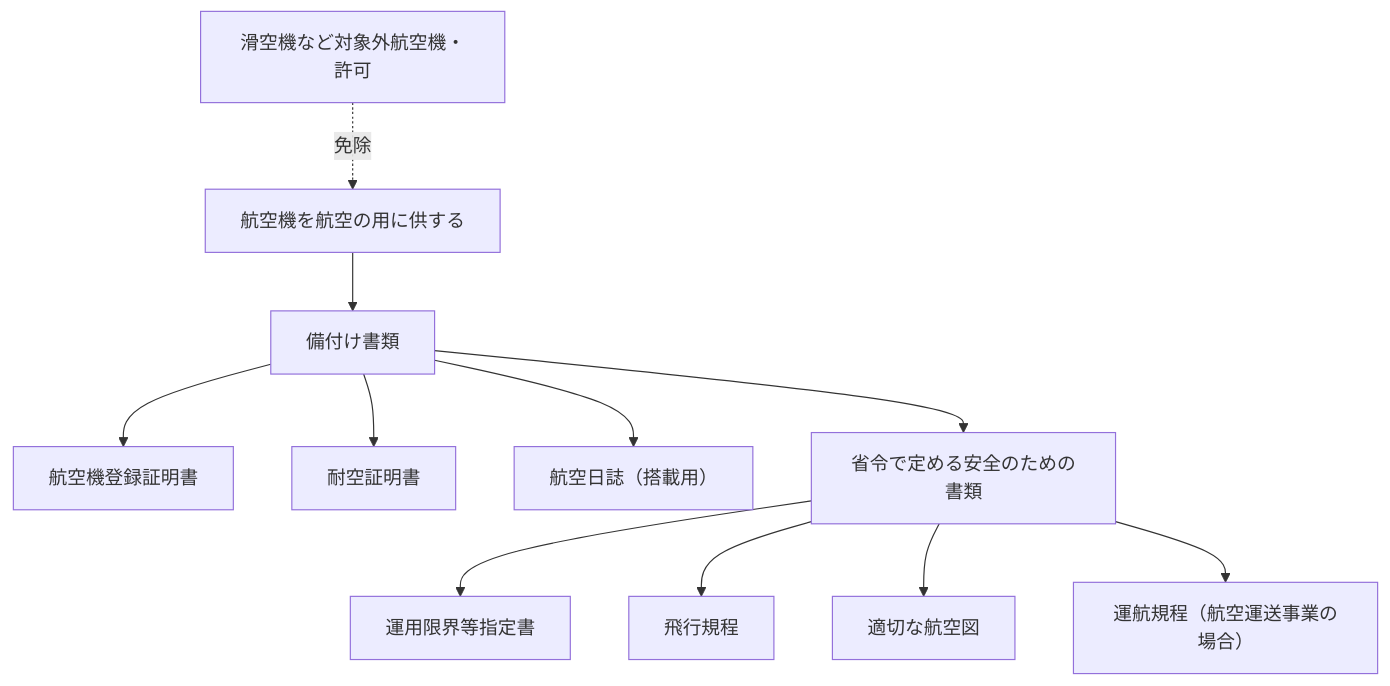
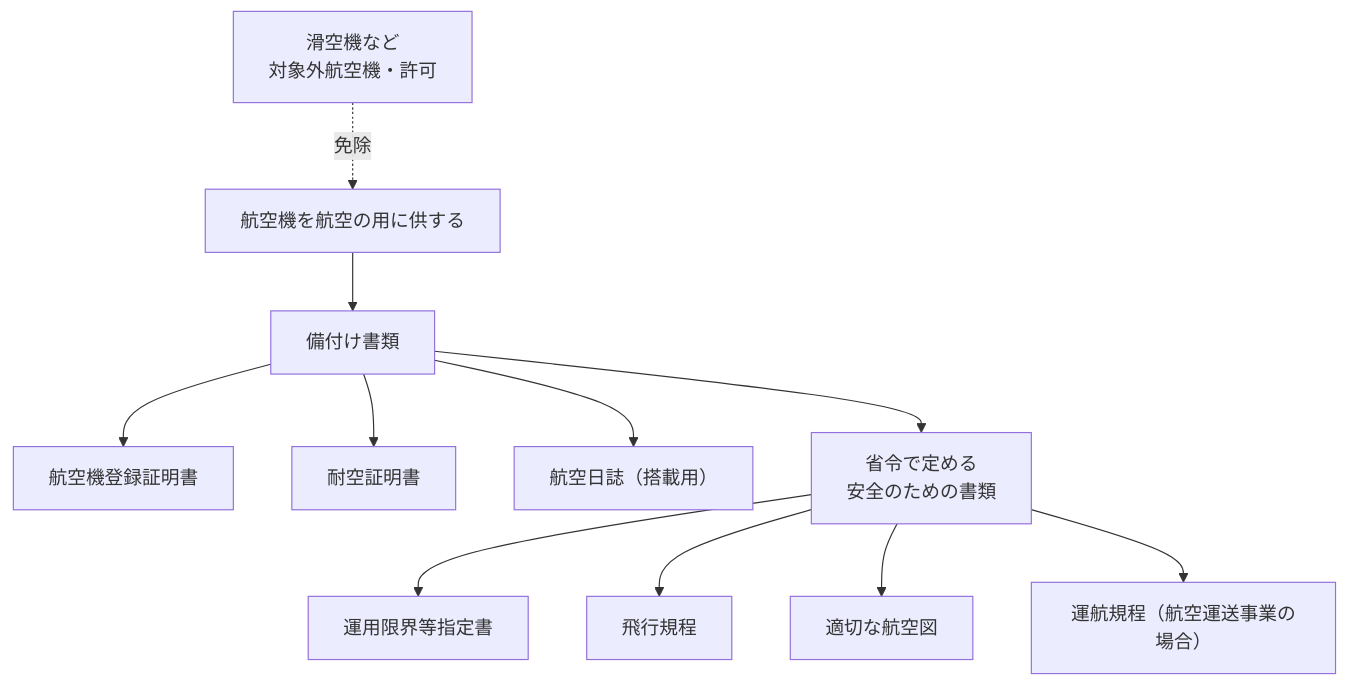
One commit to yonemotoBB/pil changed the third of 30 diagrams in chapters/06_第六章.md. Above: the diagram before and after it, drawn with Mermaid. The commit also changed other lines of this file, not shown here.

````diff
--- a/chapters/06_第六章.md
+++ b/chapters/06_第六章.md
@@ -201,13 +201,13 @@
 ```mermaid
 flowchart TB
   A["航空機を航空の用に供する"] --> B["備付け書類"]
   B --> C["航空機登録証明書"]
   B --> D["耐空証明書"]
   B --> E["航空日誌（搭載用）"]
-  B --> F["省令で定める安全のための書類"]
+  B --> F["省令で定める<br>安全のための書類"]
   F --> F1["運用限界等指定書"]
   F --> F2["飛行規程"]
   F --> F3["適切な航空図"]
   F --> F4["運航規程（航空運送事業の場合）"]
-  G["滑空機など対象外航空機・許可"] -. 免除 .-> A
+  G["滑空機など<br>対象外航空機・許可"] -. 免除 .-> A
 ```
````
